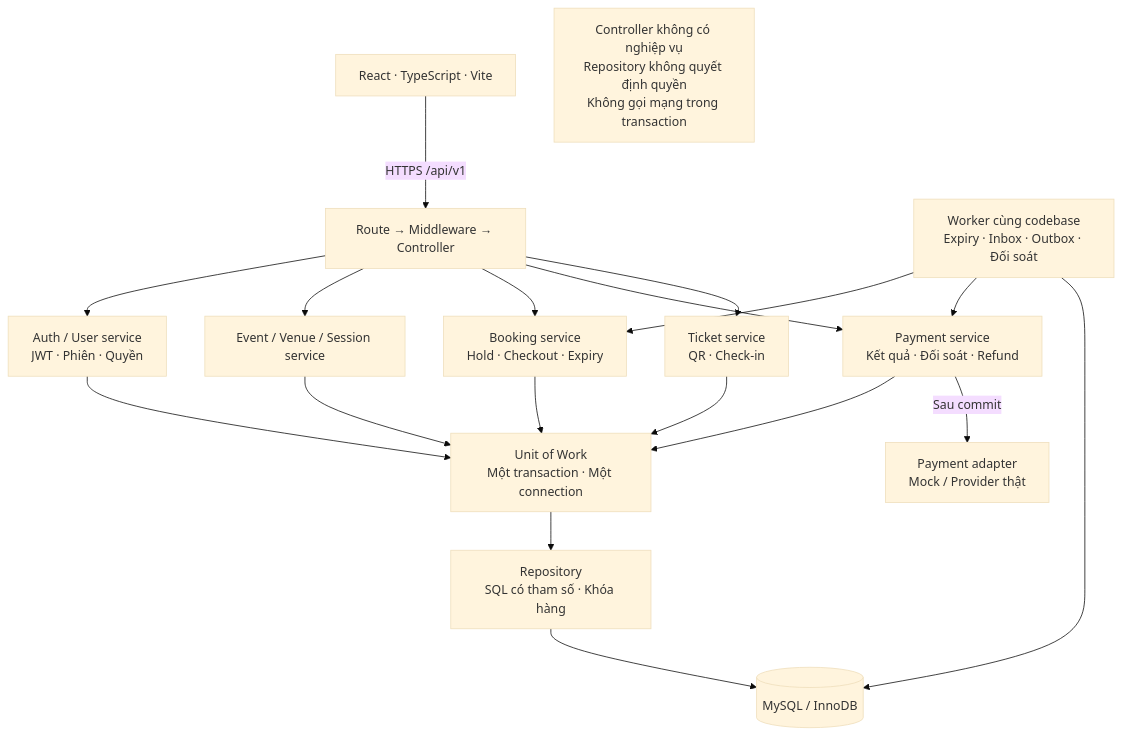
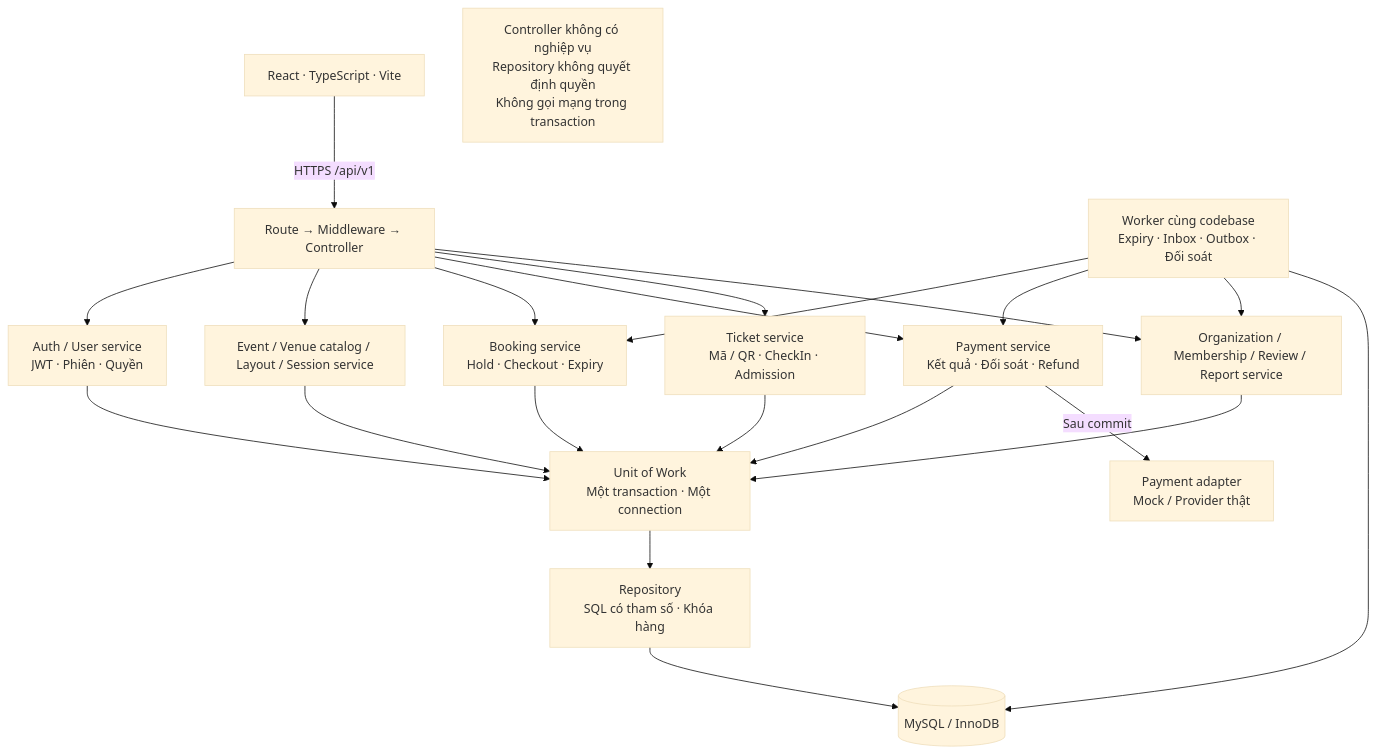
One commit to TienTrn05/Event_booking_ticket changed the diagram in docs/diagrams/02-backend-components.mmd. Above: the diagram before and after it, drawn with Mermaid (base theme). The commit also changed 56 other files, not shown here.

```diff
--- a/docs/diagrams/02-backend-components.mmd
+++ b/docs/diagrams/02-backend-components.mmd
@@ -1,19 +1,22 @@
 flowchart TB
     UI["React · TypeScript · Vite"] -->|"HTTPS /api/v1"| ROUTE["Route → Middleware → Controller"]
     ROUTE --> AUTH["Auth / User service<br/>JWT · Phiên · Quyền"]
-    ROUTE --> EVENT["Event / Venue / Session service"]
+    ROUTE --> EVENT["Event / Venue catalog / Layout / Session service"]
     ROUTE --> BOOK["Booking service<br/>Hold · Checkout · Expiry"]
     ROUTE --> PAY["Payment service<br/>Kết quả · Đối soát · Refund"]
-    ROUTE --> TICKET["Ticket service<br/>QR · Check-in"]
+    ROUTE --> TICKET["Ticket service<br/>Mã / QR · CheckIn · Admission"]
     BOOK --> UOW["Unit of Work<br/>Một transaction · Một connection"]
     PAY --> UOW
     TICKET --> UOW
     EVENT --> UOW
     AUTH --> UOW
+    ROUTE --> ORG["Organization / Membership / Review / Report service"]
+    ORG --> UOW
     UOW --> REPO["Repository<br/>SQL có tham số · Khóa hàng"]
     REPO --> DB[("MySQL / InnoDB")]
     PAY -->|"Sau commit"| ADAPTER["Payment adapter<br/>Mock / Provider thật"]
     WORKER["Worker cùng codebase<br/>Expiry · Inbox · Outbox · Đối soát"] --> BOOK
     WORKER --> PAY
+    WORKER --> ORG
     WORKER --> DB
     NOTE["Controller không có nghiệp vụ<br/>Repository không quyết định quyền<br/>Không gọi mạng trong transaction"]
```
